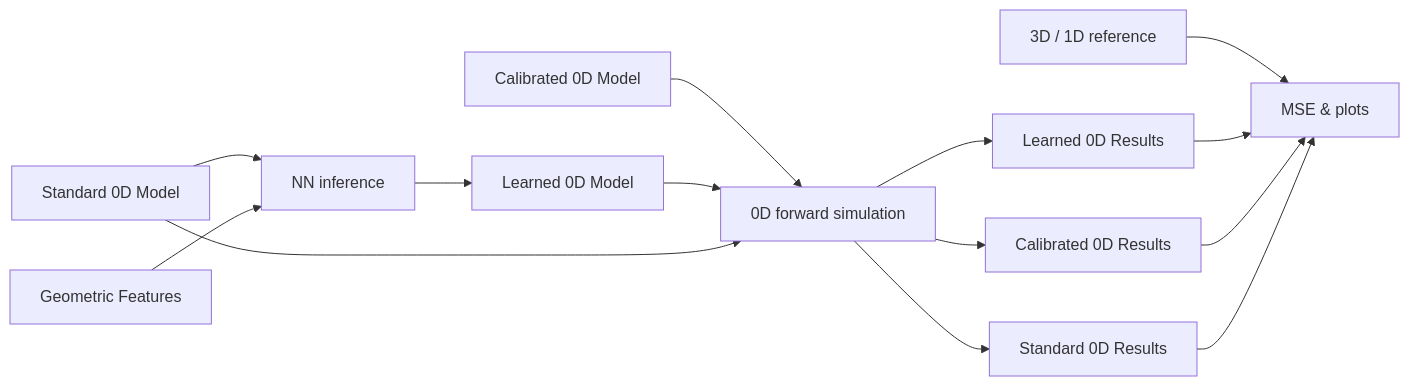
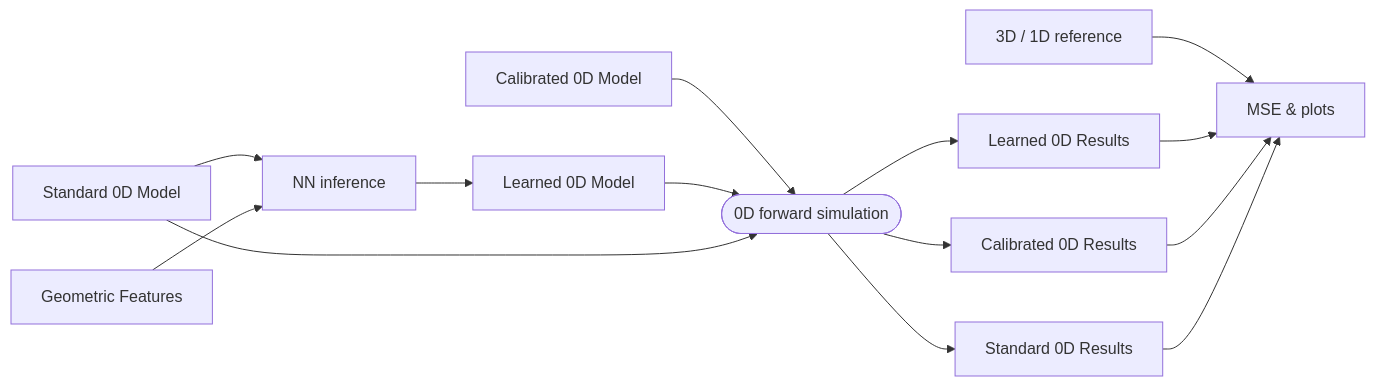
Before and after one commit to natalia-rubio/learn_lpns: the second of 2 diagrams in README.md, drawn with Mermaid. The commit also changed other lines of this file, not shown here.

Commit message:
add rounded edges to flowchart external steps

````diff
--- a/README.md
+++ b/README.md
@@ -32,18 +32,18 @@
 ```mermaid
 flowchart LR
-  H[Calibrated 0D Model] --> E[0D forward simulation]
+  H[Calibrated 0D Model] --> E([0D forward simulation])
   A[Standard 0D Model] --> B[NN inference]
   C[Geometric Features] --> B
   B --> D[Learned 0D Model]
   D --> E
   A --> E
   E --> I[Learned 0D Results]
   E --> K[Standard 0D Results]
   E --> J[Calibrated 0D Results]
 
   F[3D / 1D reference] --> G[MSE & plots]
   I --> G
   J --> G
   K --> G
 
 ```
````
